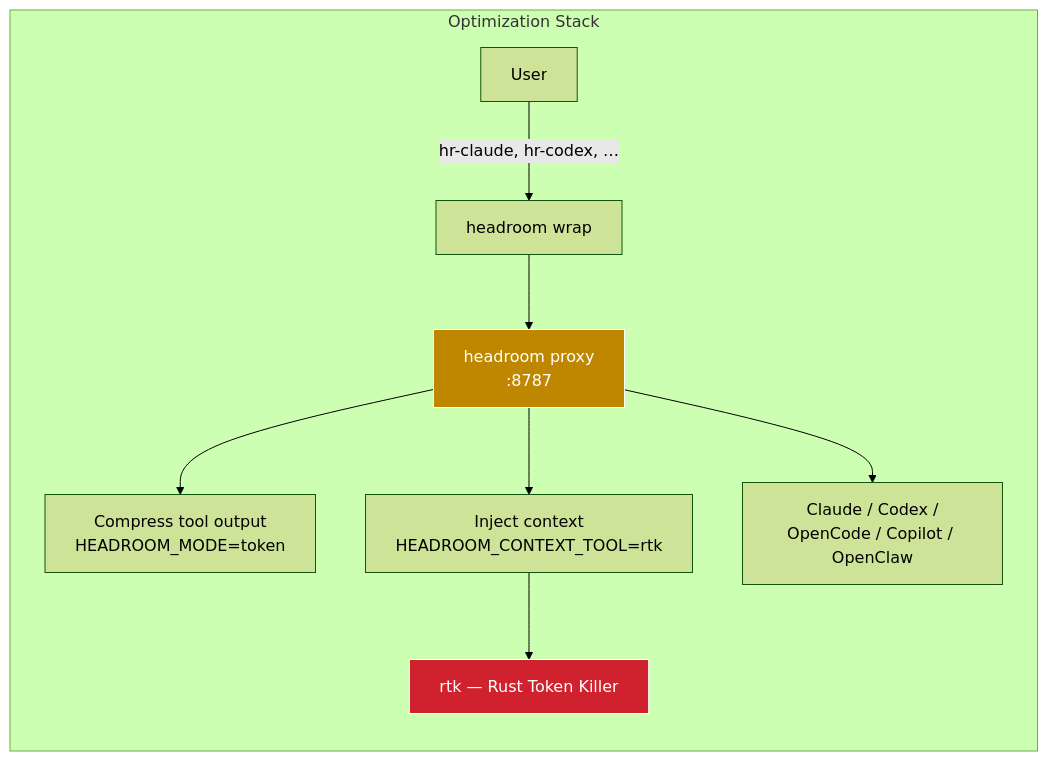
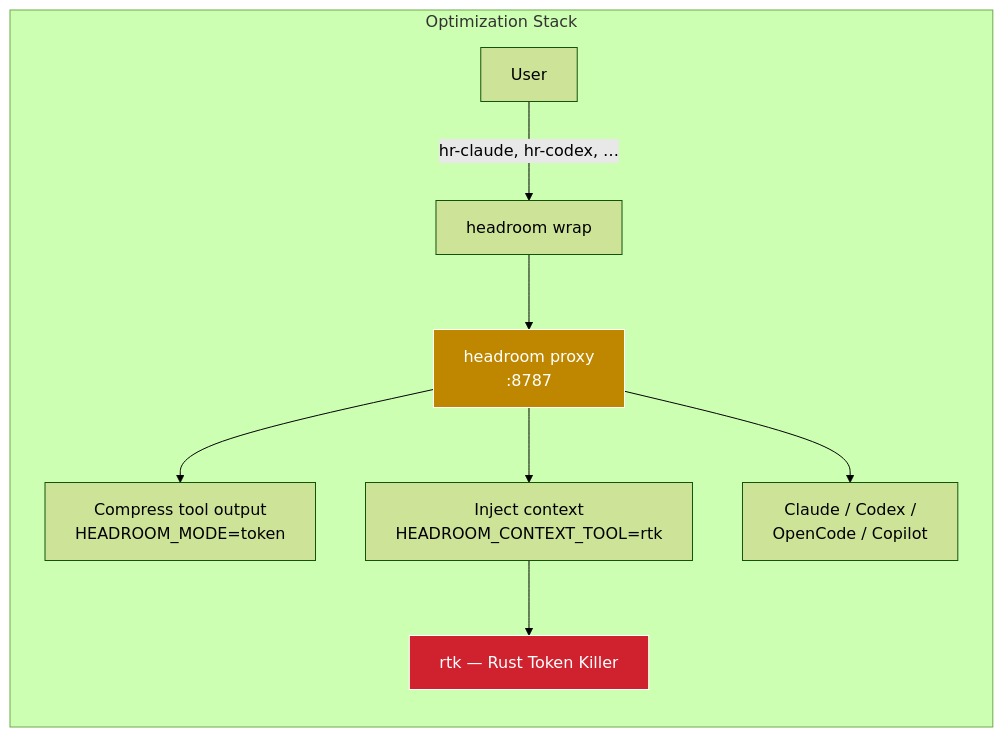
The fifth of 7 diagrams in README.md (DivitMittal/ai-nixCfg), drawn with Mermaid (forest theme) before and after one commit. The commit also changed other lines of this file, not shown here.

Commit message:
docs(readme): sync harness and proxy status

````diff
--- a/README.md
+++ b/README.md
@@ -598,14 +598,14 @@
 ```mermaid
 graph LR
     subgraph "Optimization Stack"
         User[User] -->|hr-claude, hr-codex, …| Wrap[headroom wrap]
         Wrap --> Proxy[headroom proxy<br/>:8787]
         Proxy --> Compress[Compress tool output<br/>HEADROOM_MODE=token]
         Proxy --> Context[Inject context<br/>HEADROOM_CONTEXT_TOOL=rtk]
         Context --> Rtk[rtk — Rust Token Killer]
-        Proxy --> Agent[Claude / Codex /<br/>OpenCode / Copilot / OpenClaw]
+        Proxy --> Agent[Claude / Codex /<br/>OpenCode / Copilot]
     end
 
     style Proxy fill:#bf8700,stroke:#fff,color:#fff
     style Rtk fill:#cf222e,stroke:#fff,color:#fff
 ```
````
